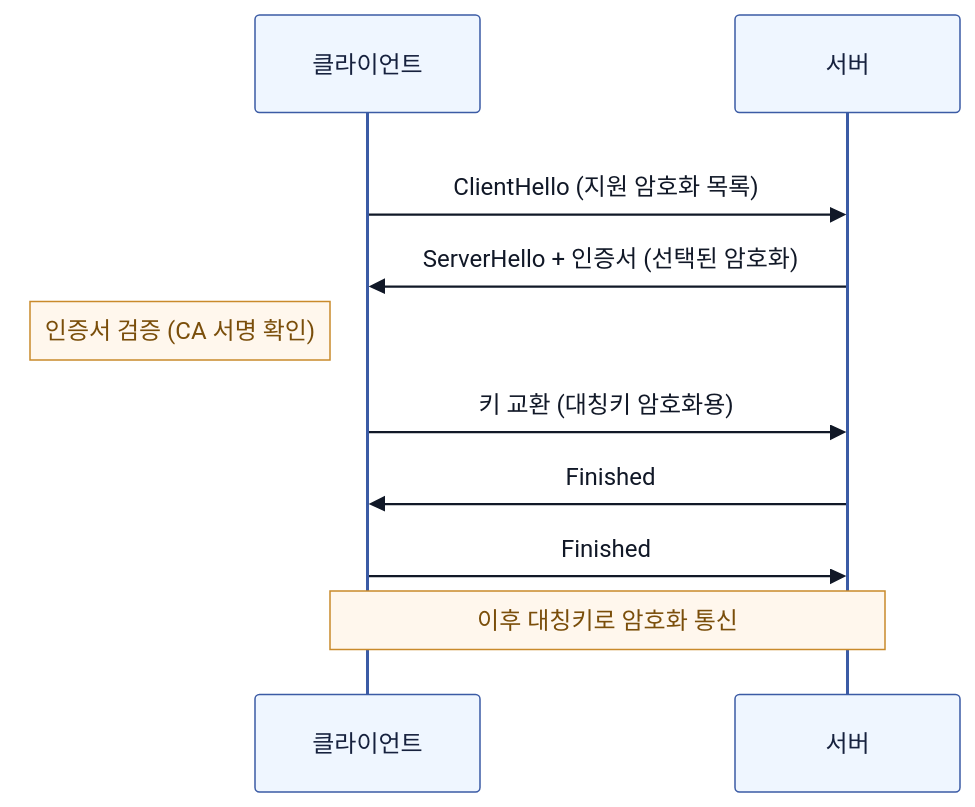
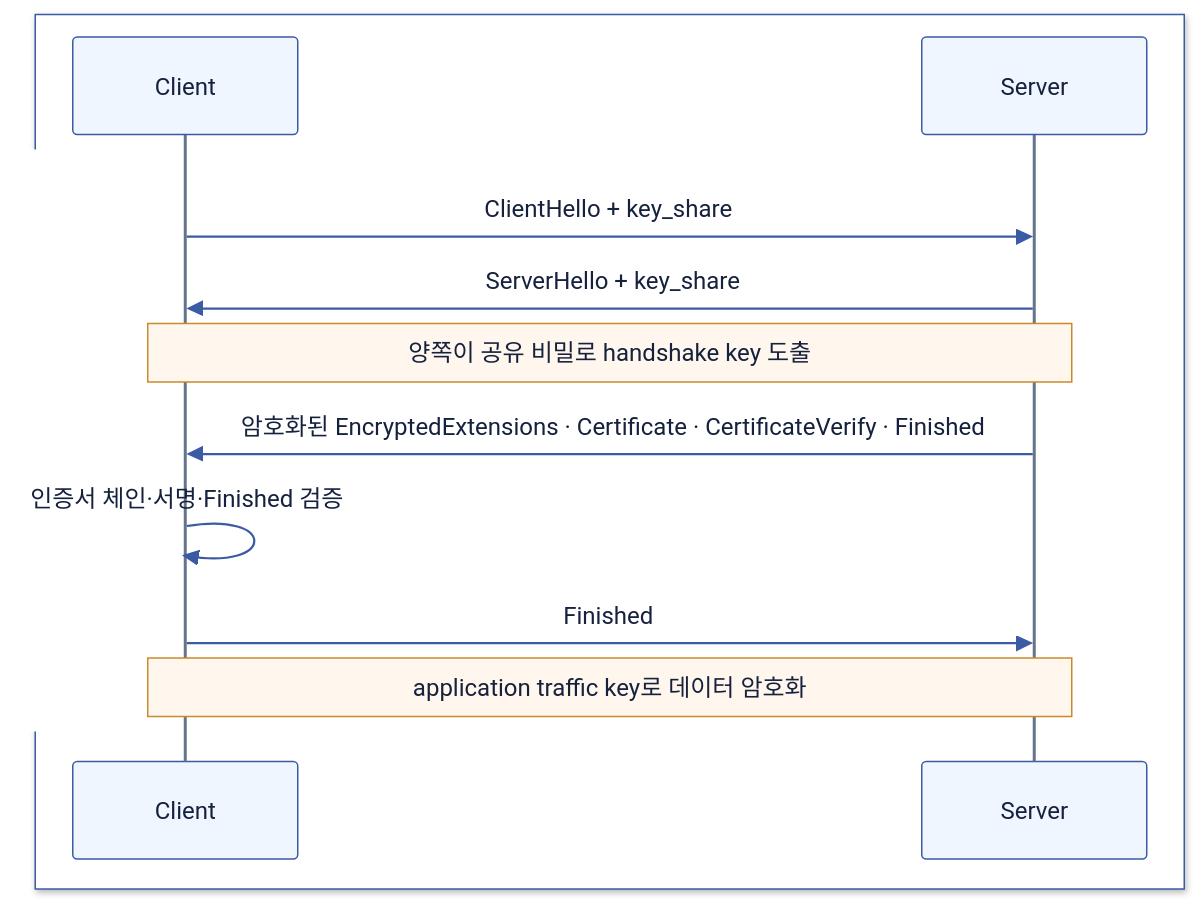
Before and after one commit to Hyune-s-lab/my-ai-study: the fourth of 6 diagrams in computer-science/2607-network-fundamentals.md, drawn with Mermaid. The commit also changed other lines of this file and 28 other files, not shown here.

Commit message:
docs: Mermaid 호환성과 문서 가독성 개선

````diff
--- a/computer-science/2607-network-fundamentals.md
+++ b/computer-science/2607-network-fundamentals.md
@@ -223,30 +159,17 @@
 ```mermaid
----
-config:
-  theme: base
-  darkMode: false
-  themeVariables:
-    background: "#ffffff"
-    primaryTextColor: "#111827"
-    lineColor: "#334155"
-    actorBkg: "#EFF6FF"
-    actorBorder: "#3B5BA5"
-    actorTextColor: "#16213E"
-    noteBkgColor: "#FFF7ED"
-    noteBorderColor: "#C98A2B"
-    noteTextColor: "#7A4E0A"
-    edgeLabelBackground: "#ffffff"
----
 sequenceDiagram
+%%{init: {"theme": "base", "darkMode": false, "themeVariables": {"background": "#ffffff", "primaryColor": "#EFF6FF", "primaryTextColor": "#16213E", "primaryBorderColor": "#3B5BA5", "secondaryColor": "#F0FDF4", "tertiaryColor": "#FAF5FF", "lineColor": "#3B5BA5", "textColor": "#16213E", "edgeLabelBackground": "#ffffff", "actorBkg": "#EFF6FF", "actorBorder": "#3B5BA5", "actorTextColor": "#16213E", "signalColor": "#3B5BA5", "signalTextColor": "#16213E", "noteBkgColor": "#FFF7ED", "noteBorderColor": "#C98A2B", "noteTextColor": "#16213E", "labelBoxBkgColor": "#EFF6FF", "labelTextColor": "#16213E", "loopTextColor": "#16213E", "actorLineColor": "#64748B", "labelBoxBorderColor": "#3B5BA5"}}}%%
+  box rgb(255, 255, 255)
+    participant C as Client
+    participant S as Server
+  end
   rect rgb(255, 255, 255)
-    participant C as 클라이언트
-    participant S as 서버
-    C->>S: ClientHello (지원 암호화 목록)
-    S->>C: ServerHello + 인증서 (선택된 암호화)
-    Note left of C: 인증서 검증 (CA 서명 확인)
-    C->>S: 키 교환 (대칭키 암호화용)
-    S->>C: Finished
+    C->>S: ClientHello + key_share
+    S->>C: ServerHello + key_share
+    Note over C,S: 양쪽이 공유 비밀로 handshake key 도출
+    S->>C: 암호화된 EncryptedExtensions · Certificate · CertificateVerify · Finished
+    C->>C: 인증서 체인·서명·Finished 검증
     C->>S: Finished
-    Note over C,S: 이후 대칭키로 암호화 통신
+    Note over C,S: application traffic key로 데이터 암호화
   end
 ```
````
